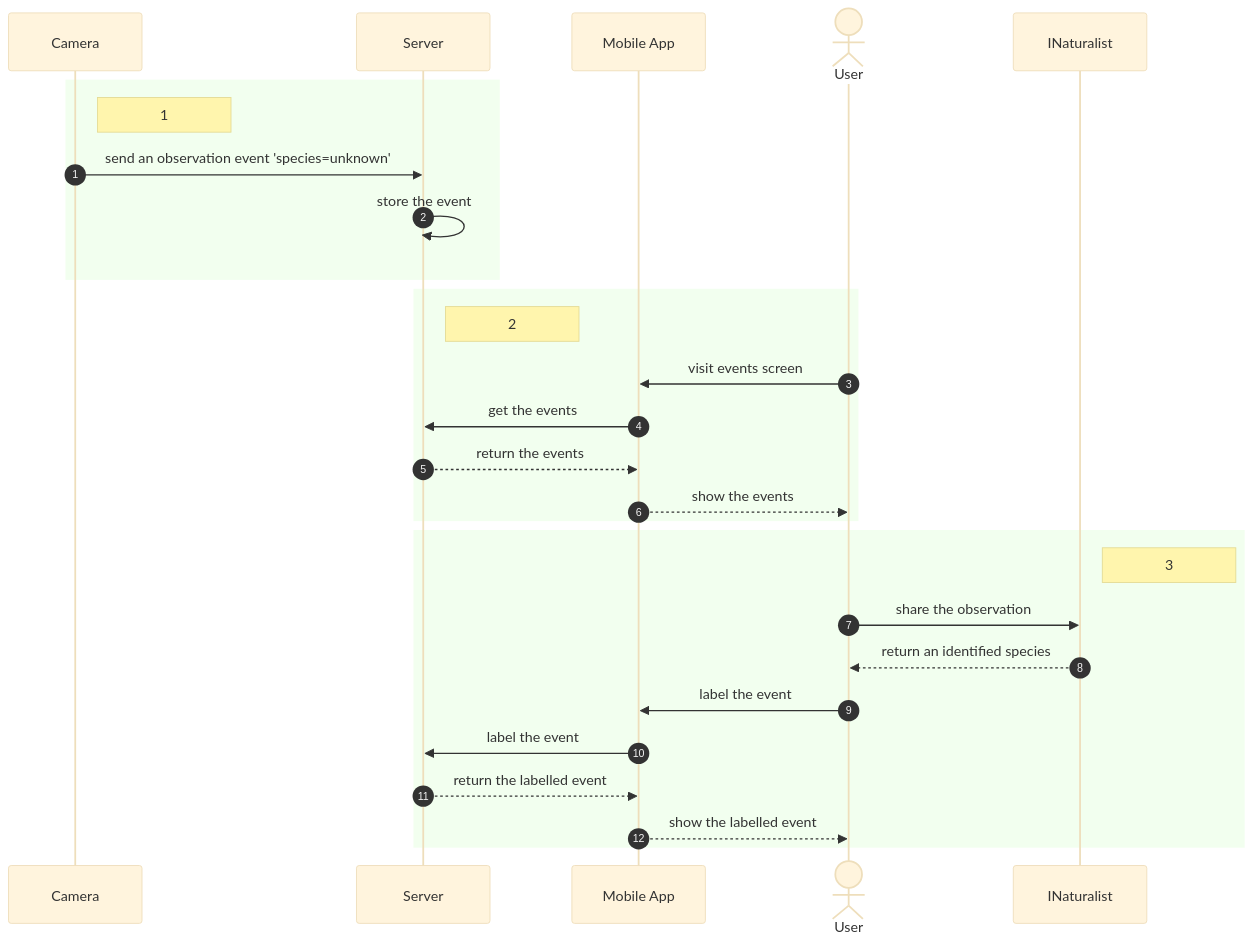
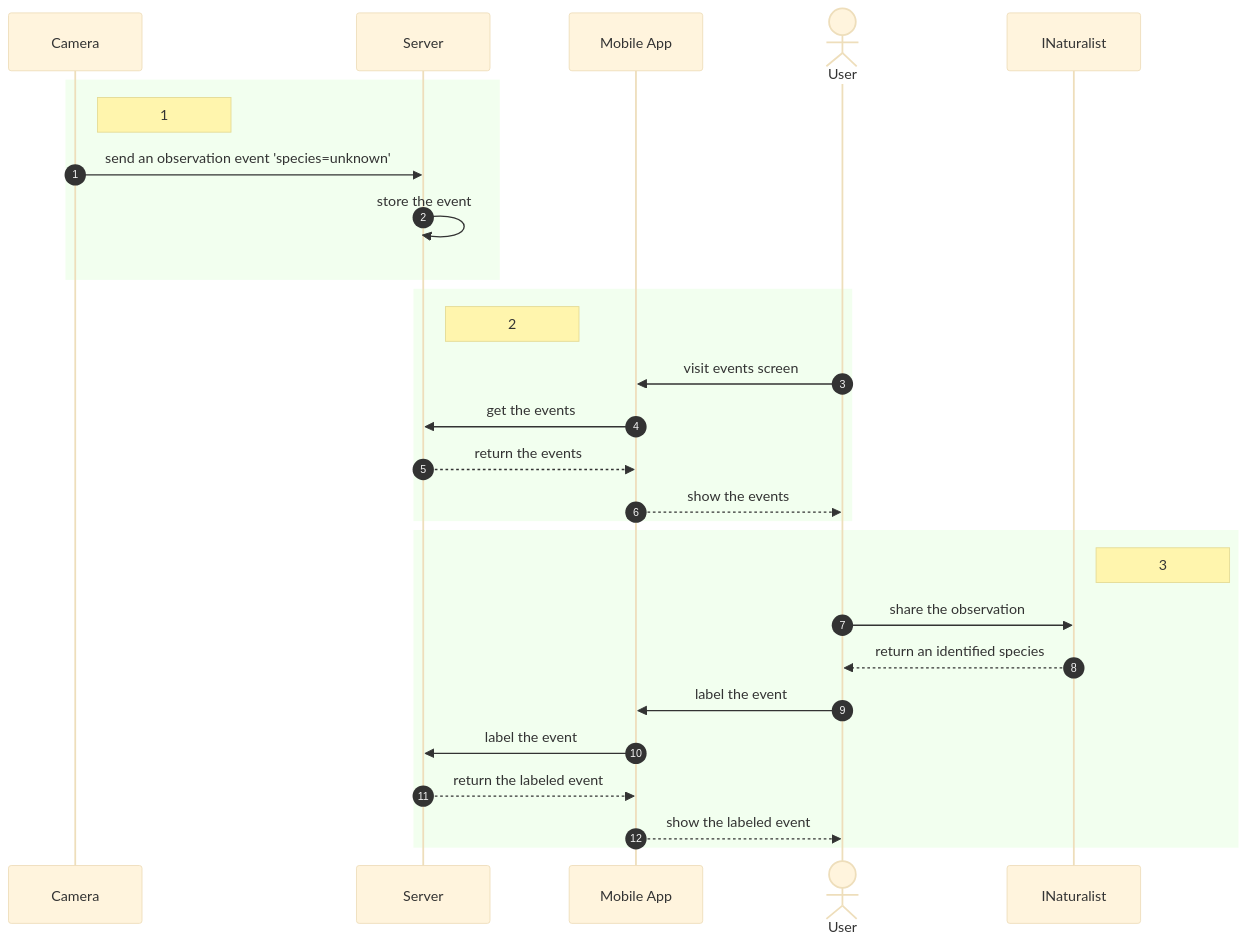
One commit to dscherbak/rapid-response-katas changed the third of 4 diagrams in README.md. Above: the diagram before and after it, drawn with Mermaid (base theme). The commit also changed other lines of this file, not shown here.

````diff
--- a/README.md
+++ b/README.md
@@ -238,34 +237,34 @@
 ```mermaid
 sequenceDiagram
  
   participant cam as Camera
   participant serv as Server
   participant ui as Mobile App
   actor u as User
   participant nat as INaturalist
   autonumber
 
   rect rgba(128, 255, 100, 0.1)
     note right of cam: 1
     cam ->> serv: send an observation event 'species=unknown'
     serv ->> serv: store the event
   end
 
   rect rgba(128, 255, 100, 0.1)
     note right of serv: 2
     u ->> ui: visit events screen
     ui ->> serv: get the events
     serv -->> ui: return the events
     ui -->> u: show the events
   end
 
   rect rgba(128, 255, 100, 0.1)
     note right of nat: 3
     u ->> nat: share the observation
     nat -->> u: return an identified species
     u ->> ui: label the event
     ui ->> serv: label the event
-    serv -->> ui: return the labelled event
-    ui -->> u: show the labelled event
+    serv -->> ui: return the labeled event
+    ui -->> u: show the labeled event
   end
 ```
````
